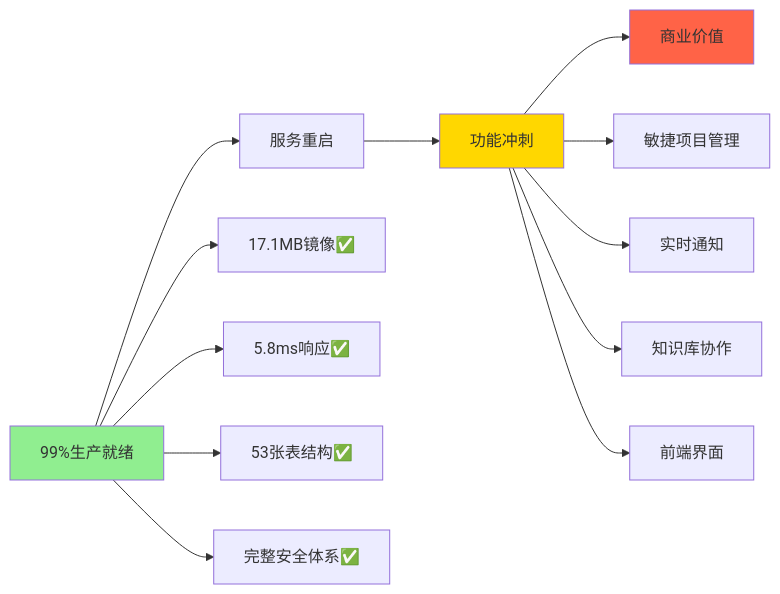
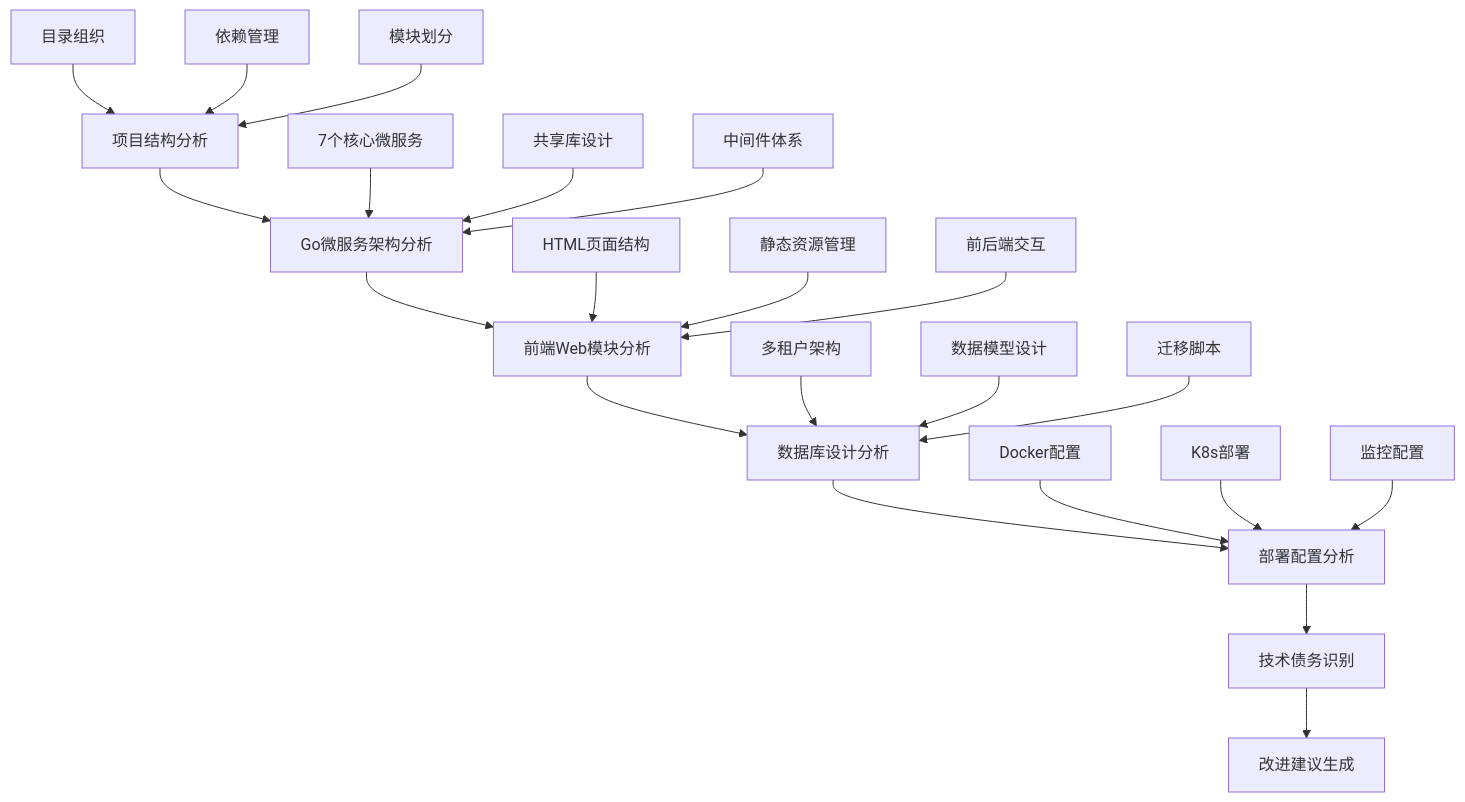
One commit to CPU-JIA/Cloud-Based-Collaborative-Development-Platform changed the first of 2 diagrams in plan.md. Above: the diagram before and after it, drawn with Mermaid. The commit also changed other lines of this file and 32 other files, not shown here.

````diff
--- a/plan.md
+++ b/plan.md
@@ -8,20 +8,29 @@
 ```mermaid
-graph LR
-    A[99%生产就绪] --> B[服务重启]
-    B --> C[功能冲刺]
-    C --> D[商业价值]
+flowchart TD
+    A[项目结构分析] --> B[Go微服务架构分析]
+    B --> C[前端Web模块分析] 
+    C --> D[数据库设计分析]
+    D --> E[部署配置分析]
+    E --> F[技术债务识别]
+    F --> G[改进建议生成]
     
-    A --> A1[17.1MB镜像✅]
-    A --> A2[5.8ms响应✅]
-    A --> A3[53张表结构✅]
-    A --> A4[完整安全体系✅]
+    A1[目录组织] --> A
+    A2[依赖管理] --> A
+    A3[模块划分] --> A
     
-    C --> C1[敏捷项目管理]
-    C --> C2[实时通知]
-    C --> C3[知识库协作]
-    C --> C4[前端界面]
+    B1[7个核心微服务] --> B
+    B2[共享库设计] --> B
+    B3[中间件体系] --> B
     
-    style A fill:#90EE90
-    style C fill:#FFD700
-    style D fill:#FF6347
+    C1[HTML页面结构] --> C
+    C2[静态资源管理] --> C
+    C3[前后端交互] --> C
+    
+    D1[多租户架构] --> D
+    D2[数据模型设计] --> D
+    D3[迁移脚本] --> D
+    
+    E1[Docker配置] --> E
+    E2[K8s部署] --> E
+    E3[监控配置] --> E
 ```
````
